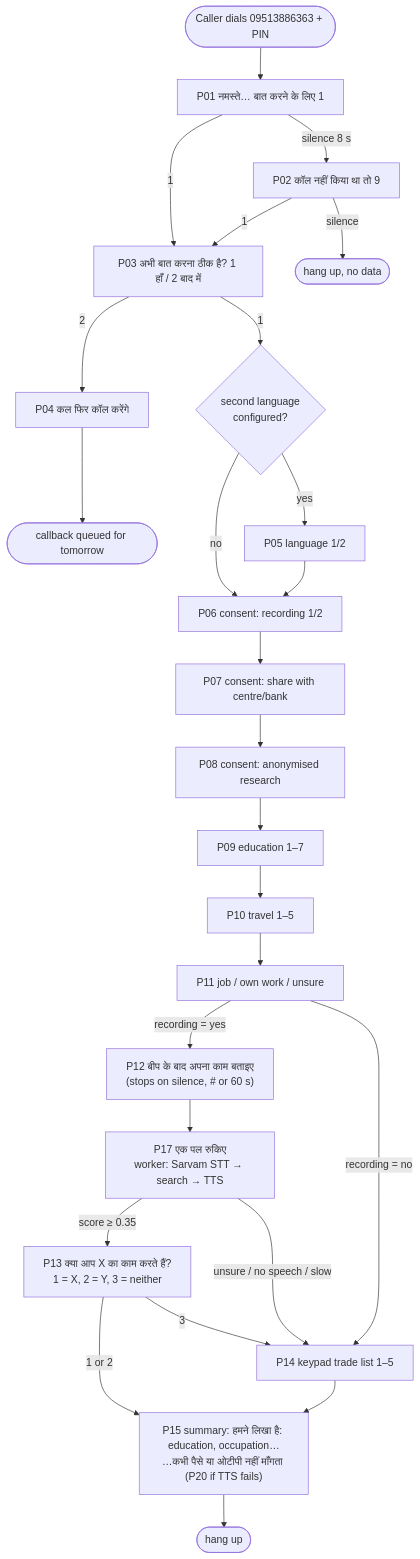
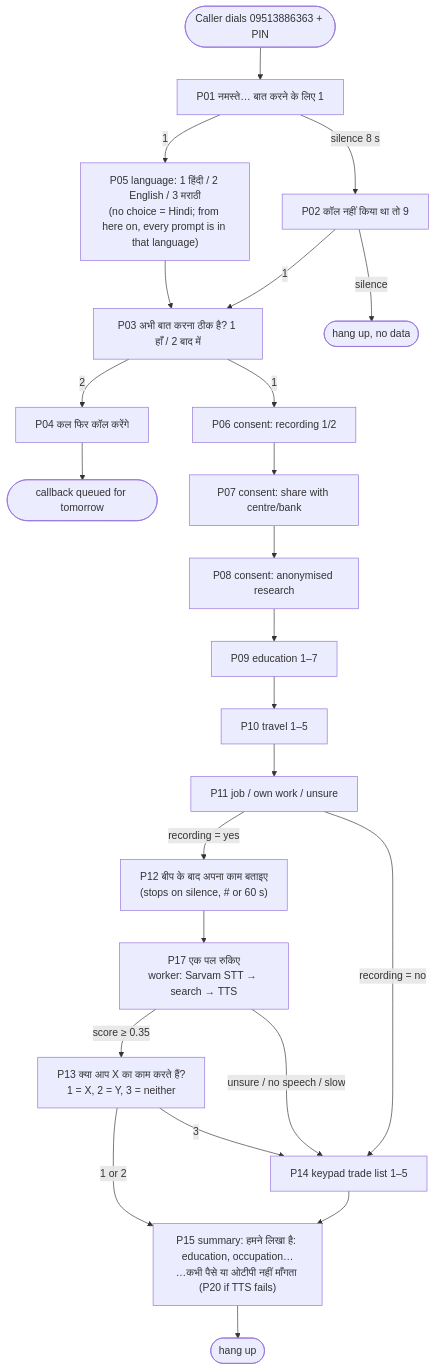
The second of 2 diagrams in docs/HANDOFF.md (sakshamagrawalcode-cpu/hunarvaani), drawn with Mermaid before and after one commit. The commit also changed other lines of this file and 1 other file, not shown here.

````diff
--- a/docs/HANDOFF.md
+++ b/docs/HANDOFF.md
@@ -91,23 +94,21 @@
 ```mermaid
 flowchart TD
     A([Caller dials 09513886363 + PIN]) --> P01["P01 नमस्ते… बात करने के लिए 1"]
-    P01 -- 1 --> P03["P03 अभी बात करना ठीक है? 1 हाँ / 2 बाद में"]
+    P01 -- 1 --> P05["P05 language: 1 हिंदी / 2 English / 3 मराठी<br/>(no choice = Hindi; from here on, every prompt is in that language)"]
+    P05 --> P03["P03 अभी बात करना ठीक है? 1 हाँ / 2 बाद में"]
     P01 -- "silence 8 s" --> P02["P02 कॉल नहीं किया था तो 9"]
     P02 -- 1 --> P03
     P02 -- "silence" --> END0([hang up, no data])
     P03 -- 2 --> P04["P04 कल फिर कॉल करेंगे"] --> CB([callback queued for tomorrow])
-    P03 -- 1 --> LANG{"second language<br/>configured?"}
-    LANG -- no --> P06
-    LANG -- yes --> P05["P05 language 1/2"] --> P06
-    P06["P06 consent: recording 1/2"] --> P07["P07 consent: share with centre/bank"] --> P08["P08 consent: anonymised research"]
+    P03 -- 1 --> P06["P06 consent: recording 1/2"] --> P07["P07 consent: share with centre/bank"] --> P08["P08 consent: anonymised research"]
     P08 --> P09["P09 education 1–7"] --> P10["P10 travel 1–5"] --> P11["P11 job / own work / unsure"]
     P11 -- "recording = yes" --> P12["P12 बीप के बाद अपना काम बताइए<br/>(stops on silence, # or 60 s)"]
     P11 -- "recording = no" --> P14
     P12 --> P17["P17 एक पल रुकिए<br/>worker: Sarvam STT → search → TTS"]
     P17 -- "score ≥ 0.35" --> P13["P13 क्या आप X का काम करते हैं?<br/>1 = X, 2 = Y, 3 = neither"]
     P17 -- "unsure / no speech / slow" --> P14["P14 keypad trade list 1–5"]
     P13 -- "1 or 2" --> P15
     P13 -- 3 --> P14
     P14 --> P15["P15 summary: हमने लिखा है: education, occupation…<br/>…कभी पैसे या ओटीपी नहीं माँगता (P20 if TTS fails)"]
     P15 --> END([hang up])
 ```
````
